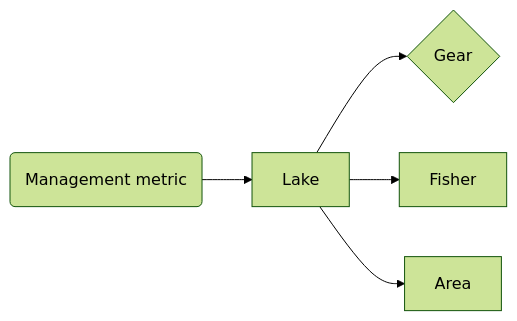
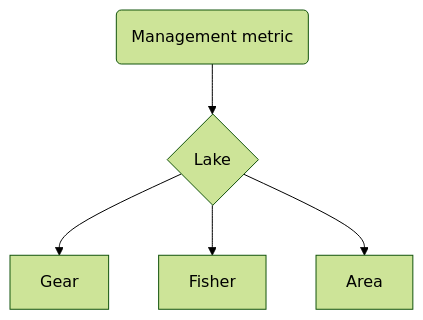
Before and after one commit to DrTrevorDavies/derby: the diagram in README.md, drawn with Mermaid (forest theme).

````diff
--- a/README.md
+++ b/README.md
@@ -4,7 +4,7 @@
 ```mermaid
-graph LR
-A(Management metric)-->B[Lake]
-B-->C{Gear}
+graph TD
+A(Management metric)-->B{Lake}
+B-->C[Gear]
 B-->D[Fisher]
 B-->F[Area]
 ```
````
